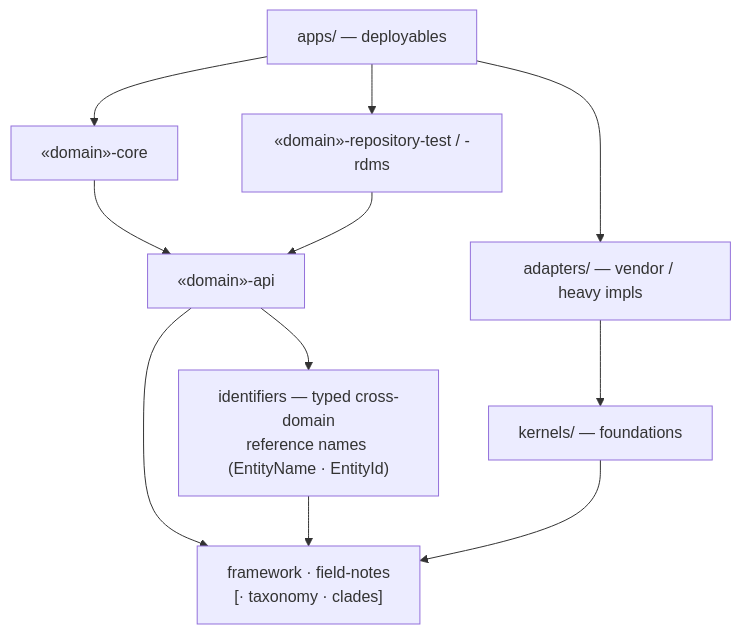
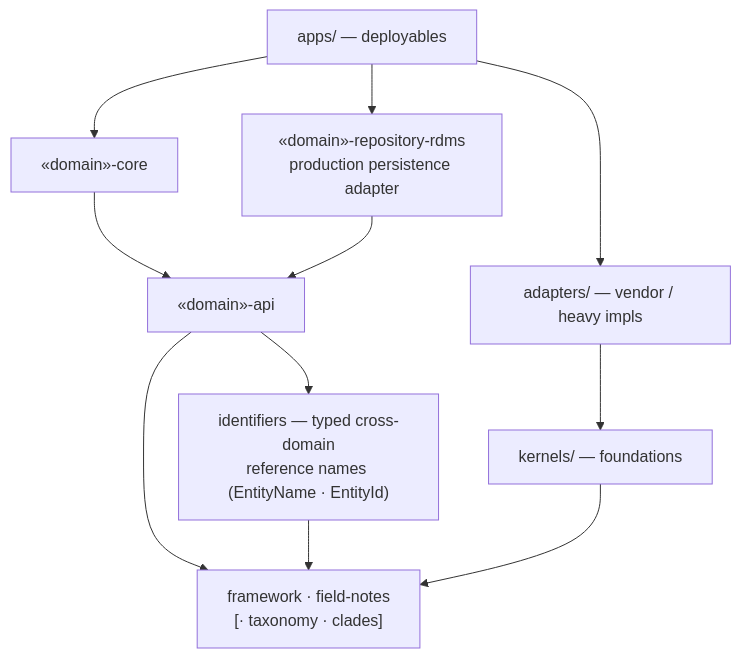
One commit to pway99/naturalist changed the first of 3 diagrams in README.md. Above: the diagram before and after it, drawn with Mermaid. The commit also changed other lines of this file, not shown here.

Commit message:
docs: DAG production path; tighten identity callout; use 'engineer'

````diff
--- a/README.md
+++ b/README.md
@@ -67,22 +67,22 @@
 ```mermaid
 graph TD
     apps["apps/ — deployables"]
     adapters["adapters/ — vendor / heavy impls"]
     core["«domain»-core"]
-    repo["«domain»-repository-test / -rdms"]
+    rdms["«domain»-repository-rdms<br/>production persistence adapter"]
     api["«domain»-api"]
     identifiers["identifiers — typed cross-domain<br/>reference names (EntityName · EntityId)"]
     kernels["kernels/ — foundations"]
     framework["framework · field-notes<br/>[· taxonomy · clades]"]
 
     apps --> adapters
     apps --> core
-    apps --> repo
+    apps --> rdms
     adapters --> kernels
     core --> api
-    repo --> api
+    rdms --> api
     api --> identifiers
     api --> framework
     identifiers --> framework
     kernels --> framework
 ```
````
